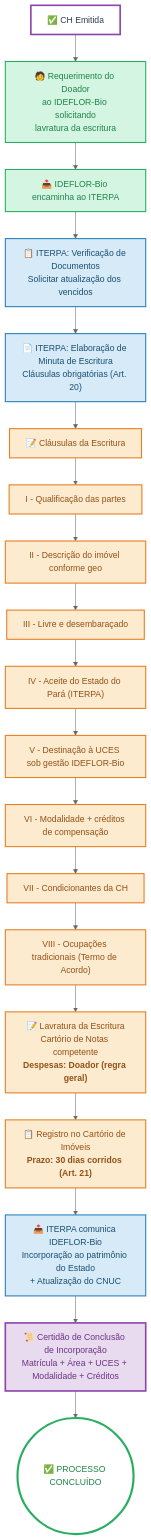
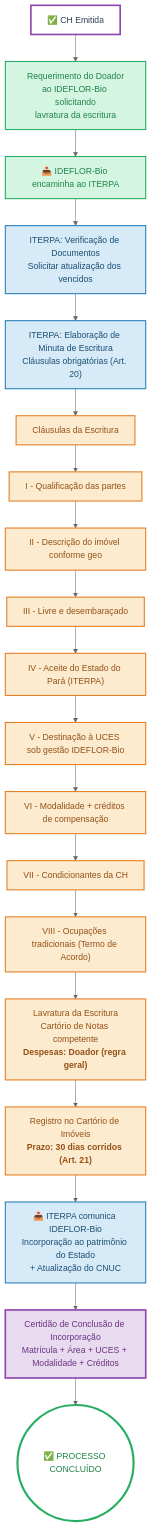
The diagram in docs/03-fluxos/imagens/07-fase-iii.mmd (NGEO-IDEFLOR-Bio/certFundiaria-uces-pa), drawn with Mermaid (neutral theme) before and after one commit. The commit also changed 17 other files, not shown here.

Commit message:
docs: remove emojis decorativos dos diagramas e atualiza prazos do ngeo

```diff
--- a/docs/03-fluxos/imagens/07-fase-iii.mmd
+++ b/docs/03-fluxos/imagens/07-fase-iii.mmd
@@ -1,40 +1,40 @@
 flowchart TD
     classDef fase3 fill:#FDEBD0,stroke:#E67E22,stroke-width:2px,color:#935116
     classDef documento fill:#E8DAEF,stroke:#8E44AD,stroke-width:2px,color:#6C3483
     classDef inicio fill:#FFFFFF,stroke:#2C3E50,stroke-width:2px,color:#2C3E50
     classDef iterpa fill:#D6EAF8,stroke:#2980B9,stroke-width:2px,color:#1B4F72
     classDef ideflor fill:#D5F5E3,stroke:#27AE60,stroke-width:2px,color:#1E8449
 
     CHOK["✅ CH Emitida"]:::inicio
-    --> REQ["🧑 Requerimento do Doador<br/>ao IDEFLOR-Bio solicitando<br/>lavratura da escritura"]:::ideflor
+    --> REQ["Requerimento do Doador<br/>ao IDEFLOR-Bio solicitando<br/>lavratura da escritura"]:::ideflor
 
     REQ --> ENC["📤 IDEFLOR-Bio encaminha ao ITERPA"]:::ideflor
 
-    ENC --> VERIF["📋 ITERPA: Verificação de Documentos<br/>Solicitar atualização dos vencidos"]:::iterpa
+    ENC --> VERIF["ITERPA: Verificação de Documentos<br/>Solicitar atualização dos vencidos"]:::iterpa
 
-    VERIF --> MINUTA["📄 ITERPA: Elaboração de Minuta de Escritura<br/>Cláusulas obrigatórias (Art. 20)"]:::iterpa
+    VERIF --> MINUTA["ITERPA: Elaboração de Minuta de Escritura<br/>Cláusulas obrigatórias (Art. 20)"]:::iterpa
 
-    MINUTA --> CLAUSULAS["📝 Cláusulas da Escritura"]:::fase3
+    MINUTA --> CLAUSULAS["Cláusulas da Escritura"]:::fase3
 
     CLAUSULAS --> C1["I - Qualificação das partes"]:::fase3
     C1 --> C2["II - Descrição do imóvel conforme geo"]:::fase3
     C2 --> C3["III - Livre e desembaraçado"]:::fase3
     C3 --> C4["IV - Aceite do Estado do Pará (ITERPA)"]:::fase3
     C4 --> C5["V - Destinação à UCES sob gestão IDEFLOR-Bio"]:::fase3
     C5 --> C6["VI - Modalidade + créditos de compensação"]:::fase3
     C6 --> C7["VII - Condicionantes da CH"]:::fase3
     C7 --> C8["VIII - Ocupações tradicionais (Termo de Acordo)"]:::fase3
 
-    C8 --> LAV["📝 Lavratura da Escritura<br/>Cartório de Notas competente<br/><b>Despesas: Doador (regra geral)</b>"]:::fase3
+    C8 --> LAV["Lavratura da Escritura<br/>Cartório de Notas competente<br/><b>Despesas: Doador (regra geral)</b>"]:::fase3
 
-    LAV --> REG["📋 Registro no Cartório de Imóveis<br/><b>Prazo: 30 dias corridos (Art. 21)</b>"]:::fase3
+    LAV --> REG["Registro no Cartório de Imóveis<br/><b>Prazo: 30 dias corridos (Art. 21)</b>"]:::fase3
 
     REG --> COM["📤 ITERPA comunica IDEFLOR-Bio<br/>Incorporação ao patrimônio do Estado<br/>+ Atualização do CNUC"]:::iterpa
 
-    COM --> CCI["📜 Certidão de Conclusão de Incorporação<br/>Matrícula + Área + UCES + Modalidade + Créditos"]:::documento
+    COM --> CCI["Certidão de Conclusão de Incorporação<br/>Matrícula + Área + UCES + Modalidade + Créditos"]:::documento
 
     CCI --> FIM(("✅ PROCESSO CONCLUÍDO")):::inicio
 
     style FIM stroke:#27AE60,stroke-width:4px,color:#1E8449
     style CCI stroke-width:3px
     style CHOK stroke:#8E44AD,stroke-width:3px
```
